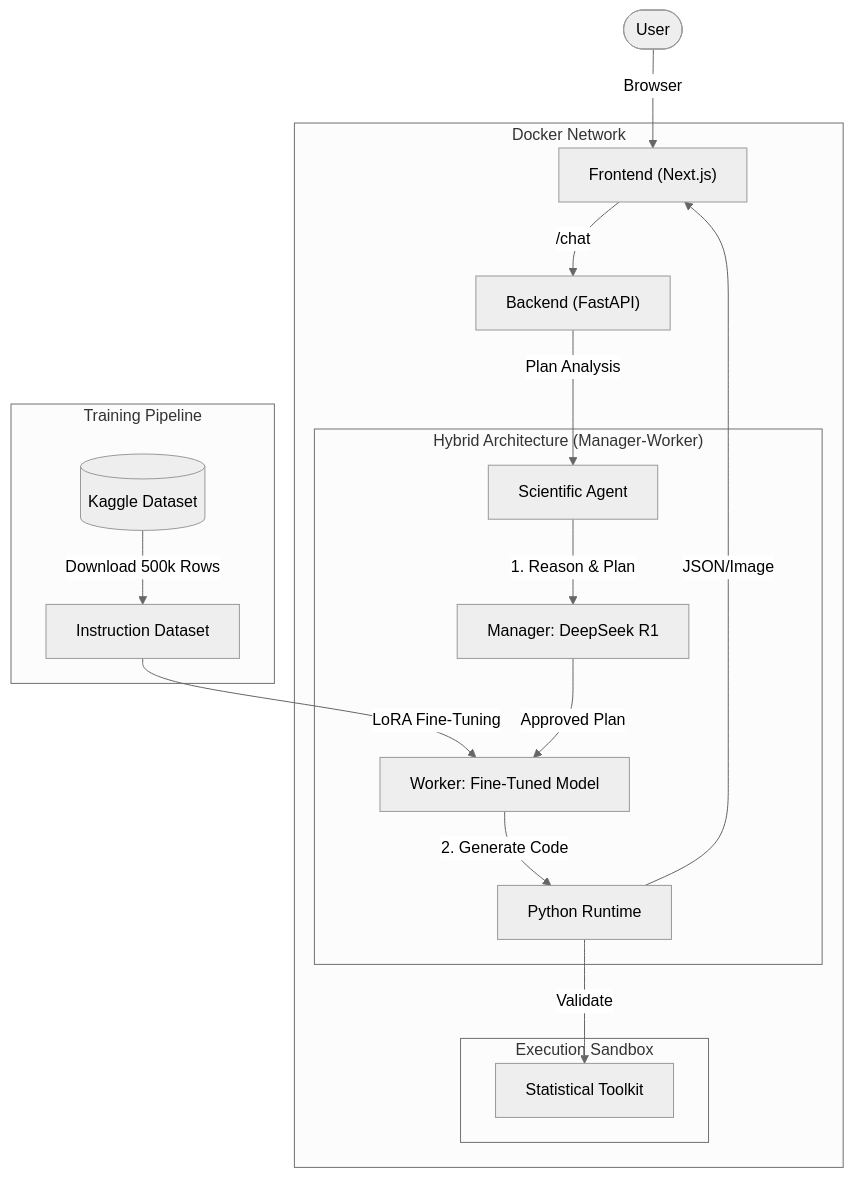
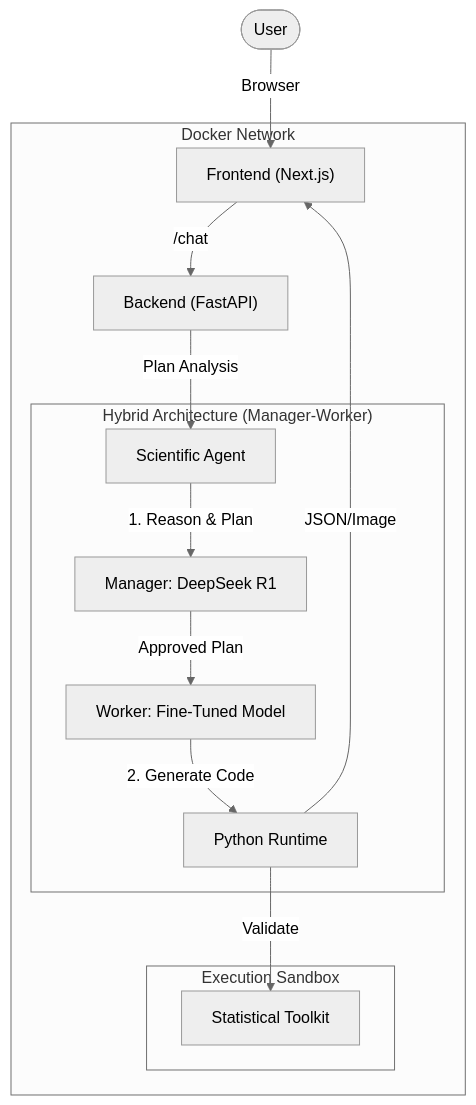
Before and after one commit to Aniket-a14/Wizard-w1: the diagram in Readme.md, drawn with Mermaid (neutral theme). The commit also changed other lines of this file, not shown here.

````diff
--- a/Readme.md
+++ b/Readme.md
@@ -88,27 +88,22 @@
 ```mermaid
 graph TD
     User([User]) -->|Browser| FE["Frontend (Next.js)"]
     
     subgraph "Docker Network"
         FE -->|/chat| API["Backend (FastAPI)"]
         
         API -->|Plan Analysis| Agent[Scientific Agent]
         
         subgraph "Hybrid Architecture (Manager-Worker)"
             Agent -->|1. Reason & Plan| BigBrain["Manager: DeepSeek R1"]
             BigBrain -->|Approved Plan| Worker["Worker: Fine-Tuned Model"]
             Worker -->|2. Generate Code| Code[Python Runtime]
         end
         
         subgraph "Execution Sandbox"
             Code -->|Validate| Stats[Statistical Toolkit]
         end
     end
     
-    subgraph "Training Pipeline"
-        Kaggle[(Kaggle Dataset)] -->|Download 500k Rows| Train[Instruction Dataset]
-        Train -->|LoRA Fine-Tuning| Worker
-    end
-    
     Code -->|JSON/Image| FE
 ```
````
